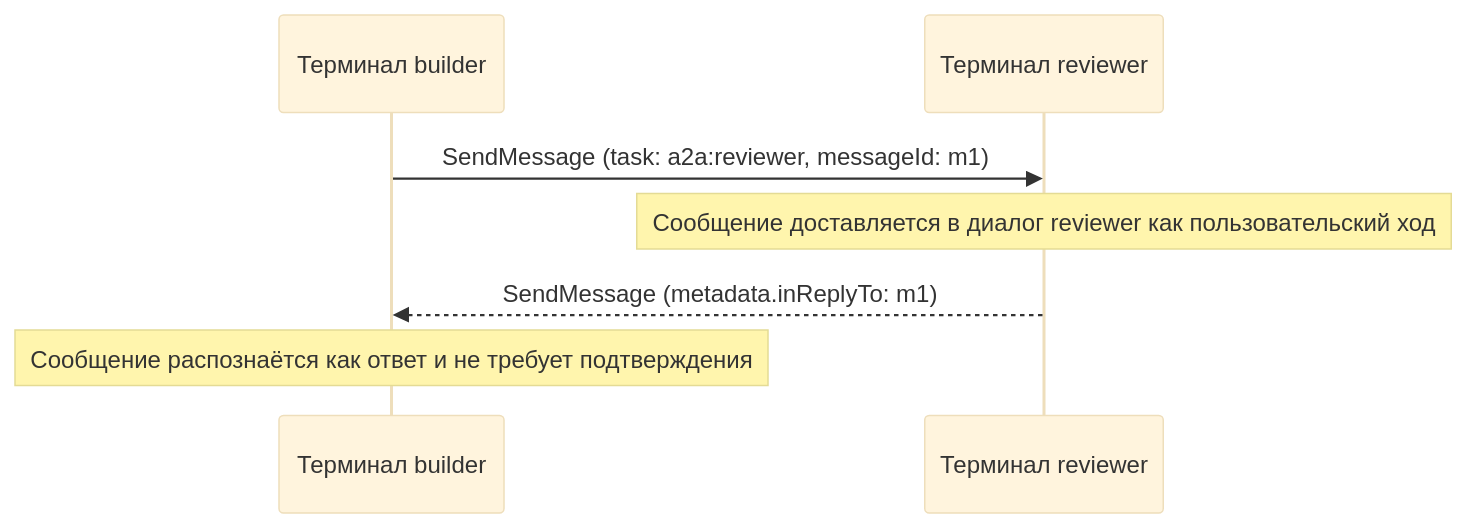
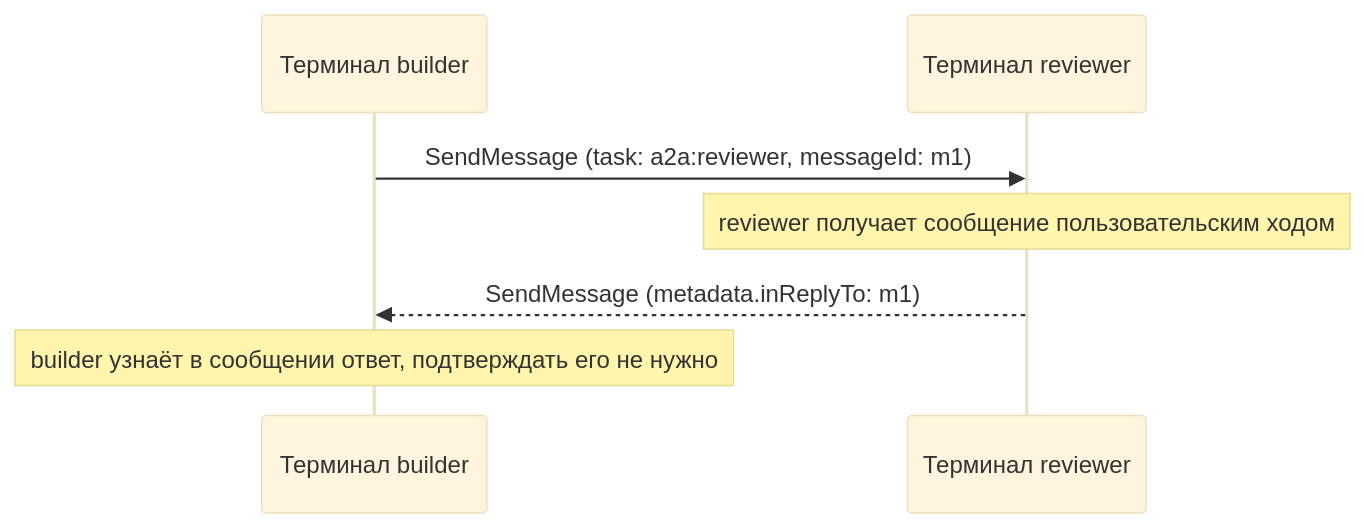
One commit to spgsroot/oh-my-pi-team-agents changed the first of 2 diagrams in README-RU.md. Above: the diagram before and after it, drawn with Mermaid (base theme). The commit also changed other lines of this file and 1 other file, not shown here.

````diff
--- a/README-RU.md
+++ b/README-RU.md
@@ -33,11 +33,11 @@
 ```mermaid
 sequenceDiagram
     participant B as Терминал builder
     participant R as Терминал reviewer
 
     B->>R: SendMessage (task: a2a:reviewer, messageId: m1)
-    Note over R: Сообщение доставляется в диалог reviewer как пользовательский ход
+    Note over R: reviewer получает сообщение пользовательским ходом
 
     R-->>B: SendMessage (metadata.inReplyTo: m1)
-    Note over B: Сообщение распознаётся как ответ и не требует подтверждения
+    Note over B: builder узнаёт в сообщении ответ, подтверждать его не нужно
 ```
````
